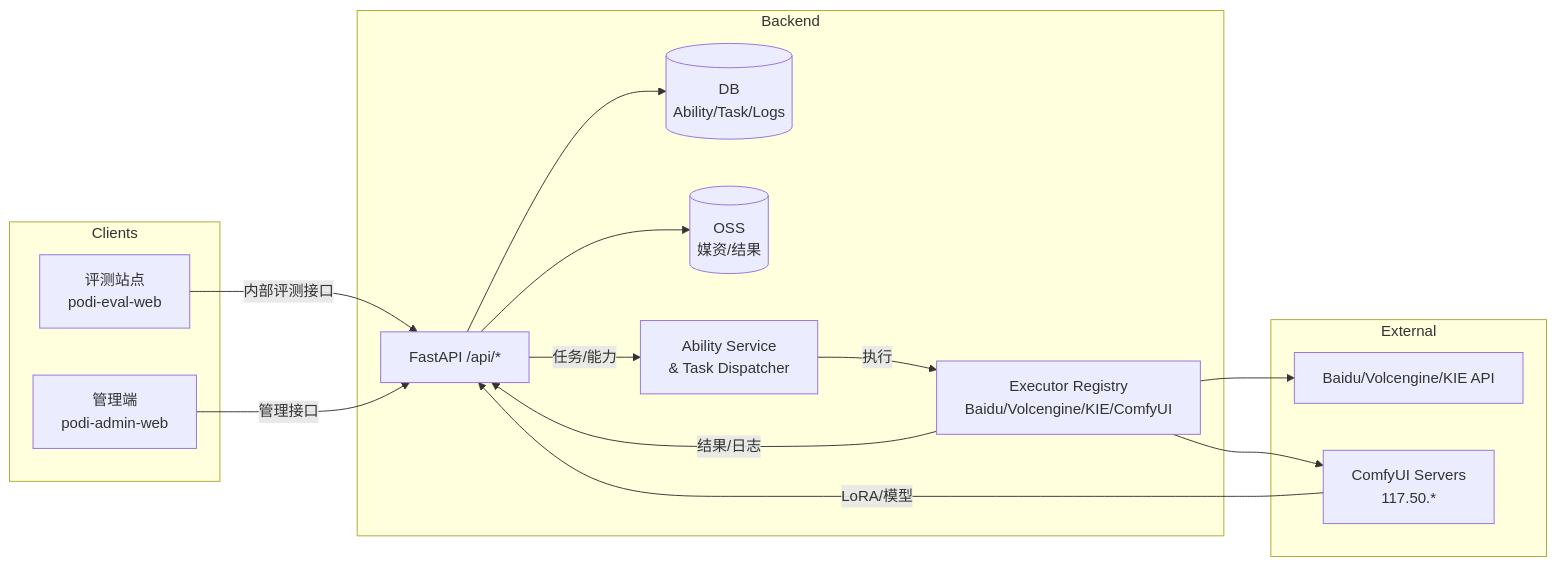
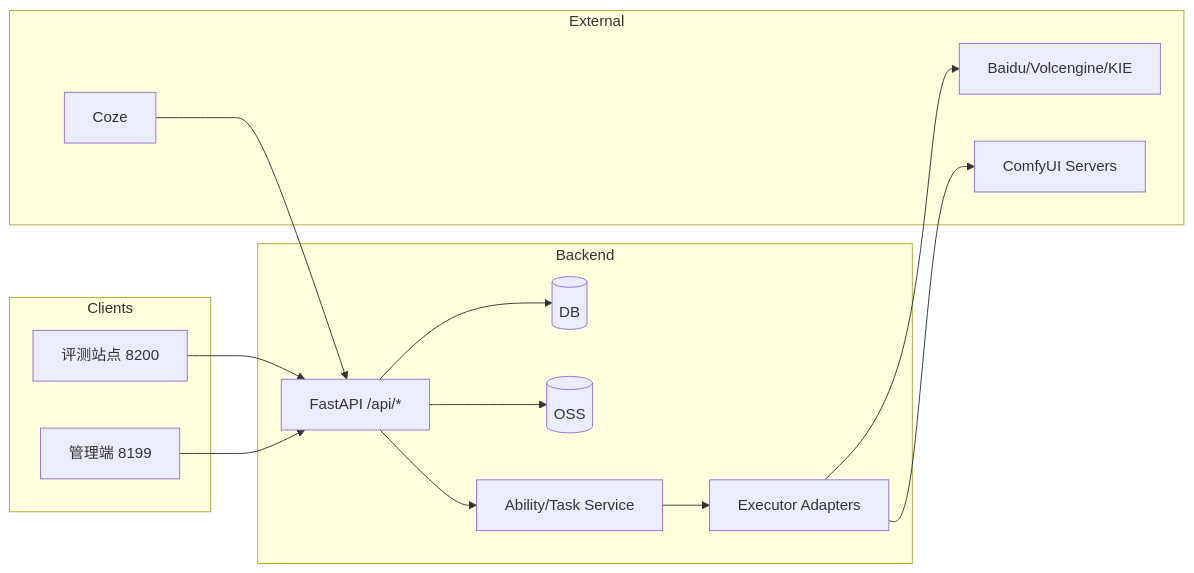
Before and after one commit to zhangx1234994/POD_AI: the diagram in docs/architecture.md, drawn with Mermaid. The commit also changed other lines of this file and 1 other file, not shown here.

Commit message:
docs: refresh architecture overview

````diff
--- a/docs/architecture.md
+++ b/docs/architecture.md
@@ -26,29 +3,27 @@
 ```mermaid
 flowchart LR
     subgraph Clients
-        A[评测站点\npodi-eval-web]
-        B[管理端\npodi-admin-web]
+        A[评测站点 8200]
+        B[管理端 8199]
     end
     subgraph Backend
         C[FastAPI /api/*]
-        D[(DB\nAbility/Task/Logs)]
-        E[(OSS\n媒资/结果)]
-        F[Ability Service\n& Task Dispatcher]
-        G[Executor Registry\nBaidu/Volcengine/KIE/ComfyUI]
+        D[(DB)]
+        E[(OSS)]
+        F[Ability/Task Service]
+        G[Executor Adapters]
     end
     subgraph External
-        H[Baidu/Volcengine/KIE API]
-        I[ComfyUI Servers\n117.50.*]
+        H[Coze]
+        I[Baidu/Volcengine/KIE]
+        J[ComfyUI Servers]
     end
 
-    A -->|内部评测接口| C
-    B -->|管理接口| C
+    A --> C
+    B --> C
     C --> D
     C --> E
-    C -->|任务/能力| F
-    F -->|执行| G
-    G --> H
-    G --> I
-    G -->|结果/日志| C
-    I -->|LoRA/模型| C
+    C --> F --> G --> I
+    G --> J
+    H --> C
 ```
````
